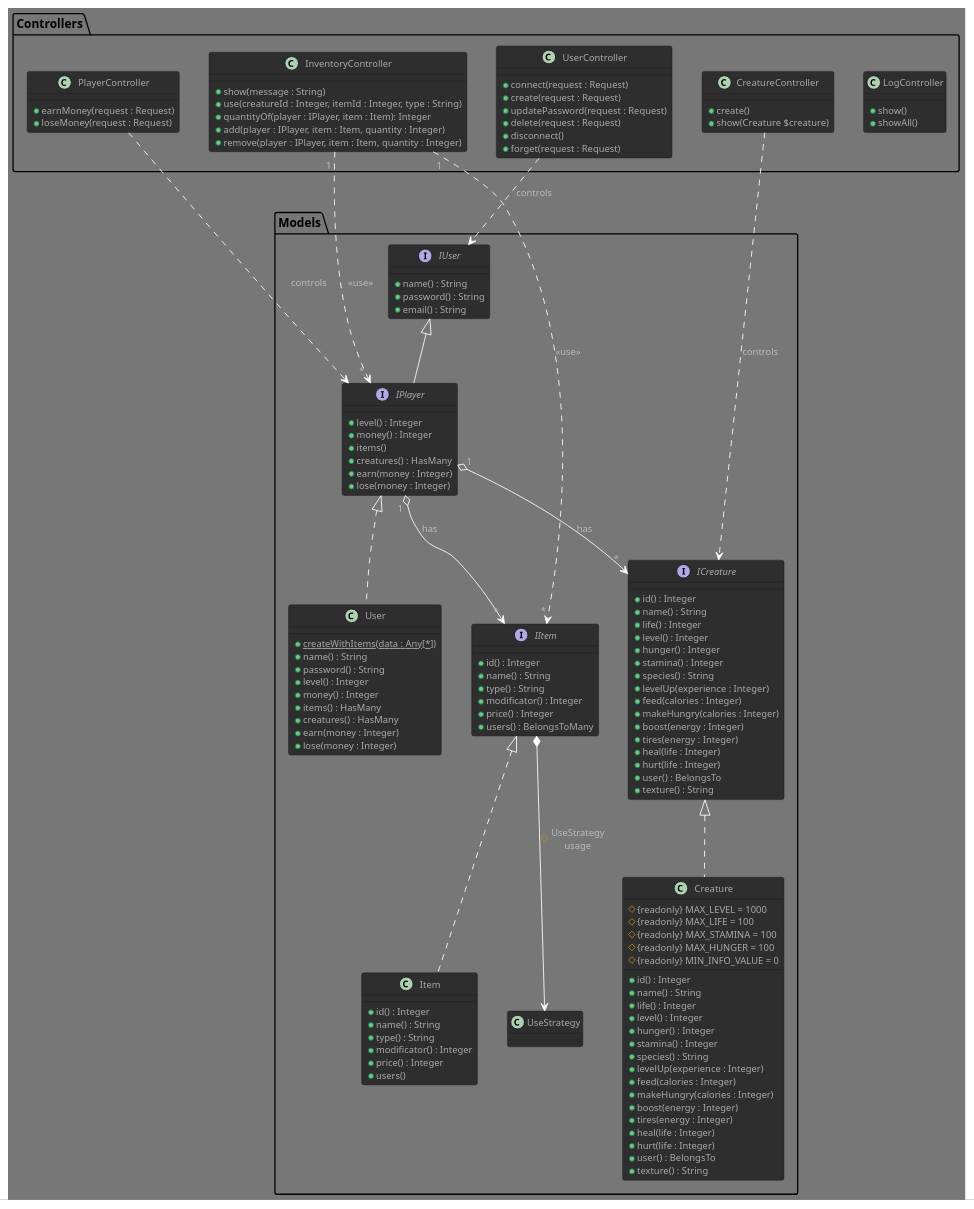
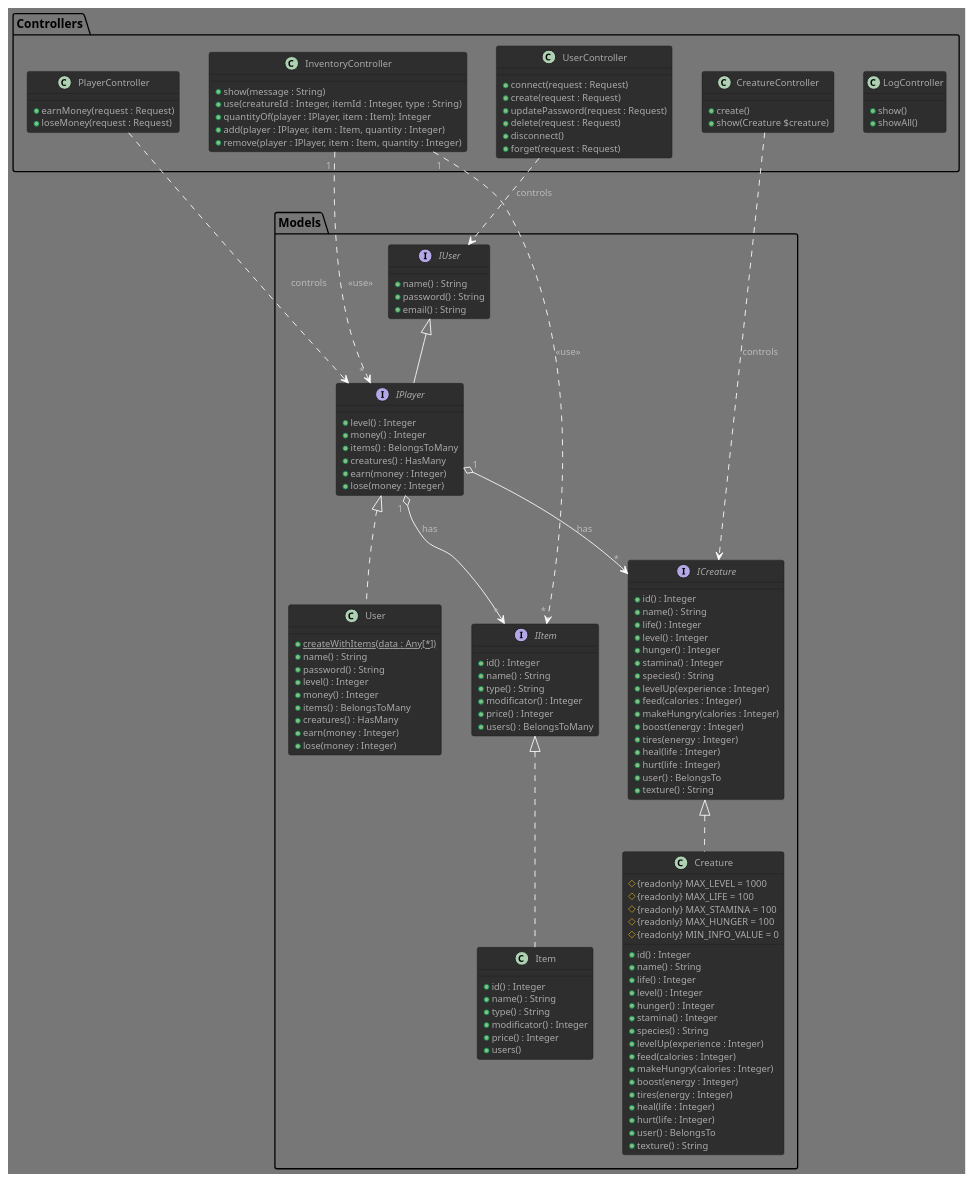
The diagram in VirtualNoe.puml (GlazKrovi/VirtualNoe), drawn with PlantUML before and after one commit. The commit also changed 19 other files, not shown here.

```diff
--- a/VirtualNoe.puml
+++ b/VirtualNoe.puml
@@ -1,147 +1,146 @@
 @startuml VirtualNoe
 
 !theme reddress-darkgreen
 
 package Models
 {
     interface IUser {
         + name() : String
         + password() : String
         + email() : String
     }
 
     interface IPlayer extends IUser
     {
         + level() : Integer /' sum of his creatures' exp '/
         + money() : Integer
-        + items()
+        + items() : BelongsToMany
         + creatures() : HasMany
         + earn(money : Integer)
         + lose(money : Integer)
     }
     IPlayer" 1 " o--> " * "IItem : has
     IPlayer" 1 " o--> " * "ICreature : has
 
     class User implements IPlayer
     {
         + {static} createWithItems(data : Any[*])
         + name() : String
         + password() : String
         + level() : Integer
         + money() : Integer
-        + items() : HasMany
+        + items() : BelongsToMany
         + creatures() : HasMany
         + earn(money : Integer)
         + lose(money : Integer)
     }
 
     interface IItem
     {
         + id() : Integer
         + name() : String
         + type() : String
         + modificator() : Integer   
         + price() : Integer
         + users() : BelongsToMany /' get owners '/
     }
-    IItem *--> UseStrategy : # UseStrategy\nusage
 
     class Item implements IItem
     {
         + id() : Integer
         + name() : String
         + type() : String
         + modificator() : Integer   
         + price() : Integer
         + users()
     }
 
     interface ICreature
     {
         + id() : Integer
         + name() : String
         + life() : Integer
         + level() : Integer
         + hunger() : Integer
         + stamina() : Integer
         + species() : String
         + levelUp(experience : Integer)
         + feed(calories : Integer) 
         + makeHungry(calories : Integer) 
         + boost(energy : Integer) 
         + tires(energy : Integer) 
         + heal(life : Integer) 
         + hurt(life : Integer) 
         + user() : BelongsTo
         + texture() : String
     }
 
     class Creature implements ICreature
     {
         # {readonly} MAX_LEVEL = 1000
         # {readonly} MAX_LIFE = 100
         # {readonly} MAX_STAMINA = 100
         # {readonly} MAX_HUNGER = 100
         # {readonly} MIN_INFO_VALUE = 0
         + id() : Integer
         + name() : String
         + life() : Integer
         + level() : Integer
         + hunger() : Integer
         + stamina() : Integer
         + species() : String
         + levelUp(experience : Integer)
         + feed(calories : Integer) 
         + makeHungry(calories : Integer) 
         + boost(energy : Integer) 
         + tires(energy : Integer) 
         + heal(life : Integer) 
         + hurt(life : Integer) 
         + user() : BelongsTo
         + texture() : String
     }
 }
 
 package Controllers
 {
     class LogController
     {
         +  show()
         +  showAll()
     }
 
     class InventoryController   /' use IPlayer '/
     {
         + show(message : String)
         + use(creatureId : Integer, itemId : Integer, type : String)
         + quantityOf(player : IPlayer, item : Item): Integer
         + add(player : IPlayer, item : Item, quantity : Integer)
         + remove(player : IPlayer, item : Item, quantity : Integer)
     }
     InventoryController" 1 " ..> " * "IPlayer : <<use>>
     InventoryController" 1 " ..> " * "IItem : <<use>>
 
     class UserController {
         + connect(request : Request)
         + create(request : Request)
         + updatePassword(request : Request)
         + delete(request : Request)
         + disconnect()
         + forget(request : Request)
     }
     UserController ..> IUser : controls
 
     class PlayerController {
         + earnMoney(request : Request)
         + loseMoney(request : Request)
     }
     PlayerController ..> IPlayer : controls
 
     class CreatureController {
         + create()
         + show(Creature $creature)
     }
     CreatureController ..> ICreature : controls
 }
 
 @enduml
```
